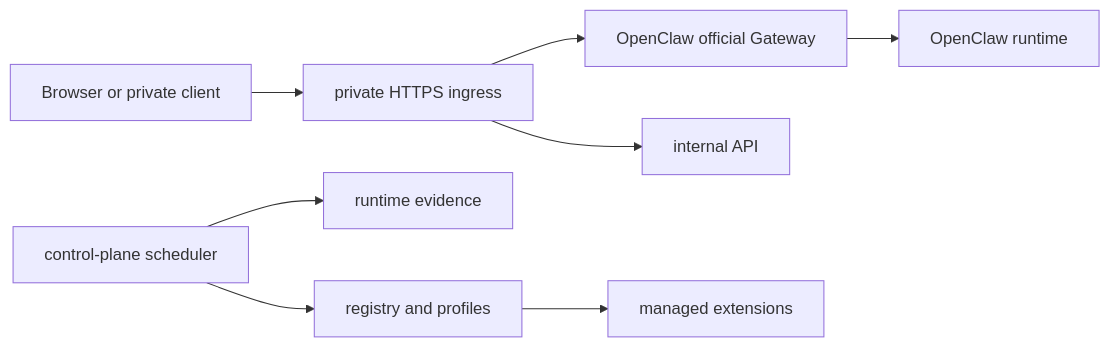
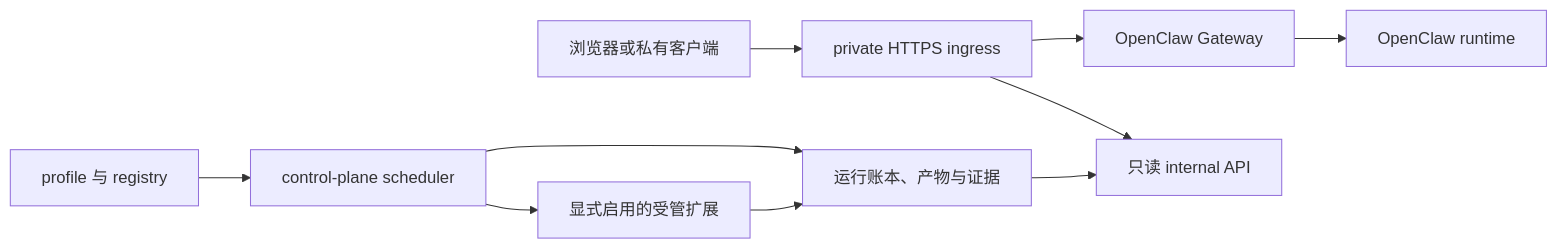
The diagram in README.md (Xinbo-Liu/ClawCTL), drawn with Mermaid before and after one commit. The commit also changed other lines of this file and 646 other files, not shown here.

````diff
--- a/README.md
+++ b/README.md
@@ -33,10 +35,12 @@
 ```mermaid
 flowchart LR
-    Browser["Browser or private client"] --> Ingress["private HTTPS ingress"]
-    Ingress --> Gateway["OpenClaw official Gateway"]
-    Ingress --> API["internal API"]
-    Scheduler["control-plane scheduler"] --> Evidence["runtime evidence"]
-    Scheduler --> Registry["registry and profiles"]
-    Registry --> Extensions["managed extensions"]
+    Client["浏览器或私有客户端"] --> Ingress["private HTTPS ingress"]
+    Ingress --> Gateway["OpenClaw Gateway"]
+    Ingress --> API["只读 internal API"]
     Gateway --> Runtime["OpenClaw runtime"]
+    Profile["profile 与 registry"] --> Scheduler["control-plane scheduler"]
+    Scheduler --> Extension["显式启用的受管扩展"]
+    Scheduler --> Record["运行账本、产物与证据"]
+    Extension --> Record
+    Record --> API
 ```
````
